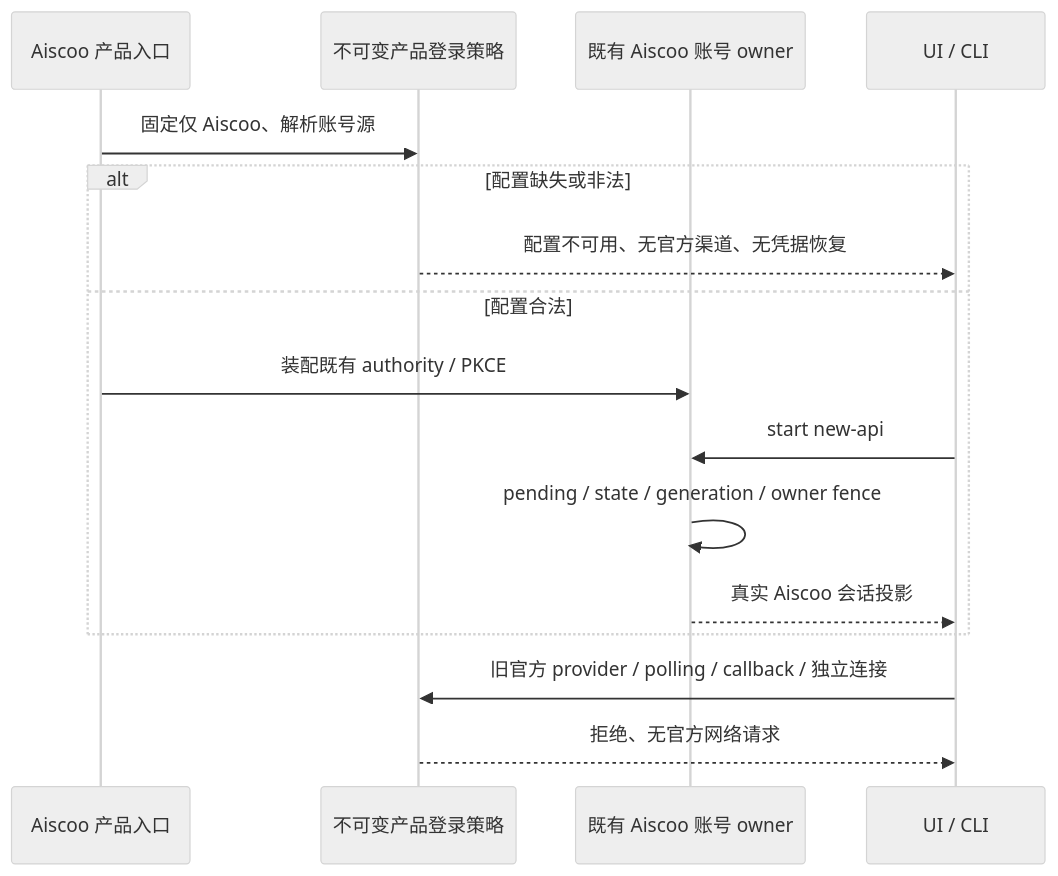
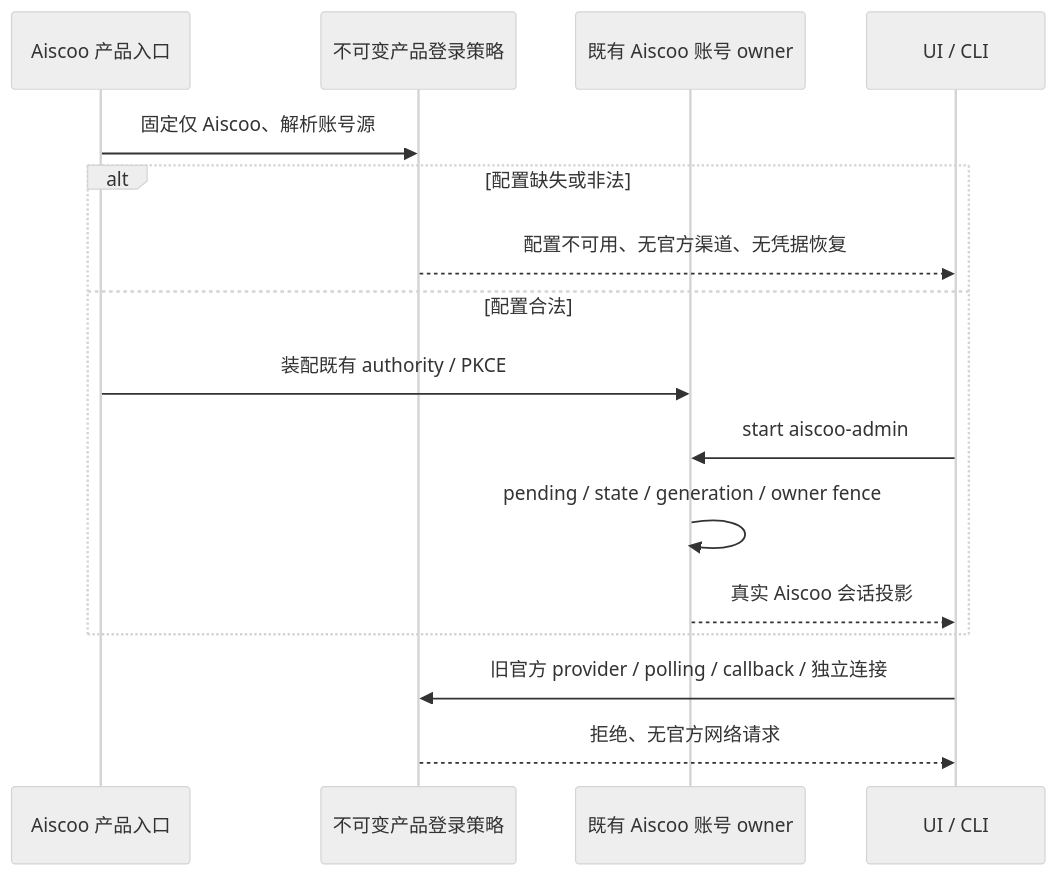
Before and after one commit to 978655242/aiscoo-resource: the first of 5 diagrams in docs/aiscoo/specs/aiscoo-only-login.md, drawn with Mermaid (neutral theme). The commit also changed other lines of this file and 289 other files, not shown here.

First line of the commit message:
refactor(aiscoo): rename New API to aiscoo-admin and drop stray CLI backups (#65)

````diff
--- a/docs/aiscoo/specs/aiscoo-only-login.md
+++ b/docs/aiscoo/specs/aiscoo-only-login.md
@@ -40,18 +40,18 @@
 ```mermaid
 sequenceDiagram
     participant E as Aiscoo 产品入口
     participant P as 不可变产品登录策略
     participant H as 既有 Aiscoo 账号 owner
     participant U as UI / CLI
     E->>P: 固定仅 Aiscoo、解析账号源
     alt 配置缺失或非法
         P-->>U: 配置不可用、无官方渠道、无凭据恢复
     else 配置合法
         E->>H: 装配既有 authority / PKCE
-        U->>H: start new-api
+        U->>H: start aiscoo-admin
         H->>H: pending / state / generation / owner fence
         H-->>U: 真实 Aiscoo 会话投影
     end
     U->>P: 旧官方 provider / polling / callback / 独立连接
     P-->>U: 拒绝、无官方网络请求
 ```
````
